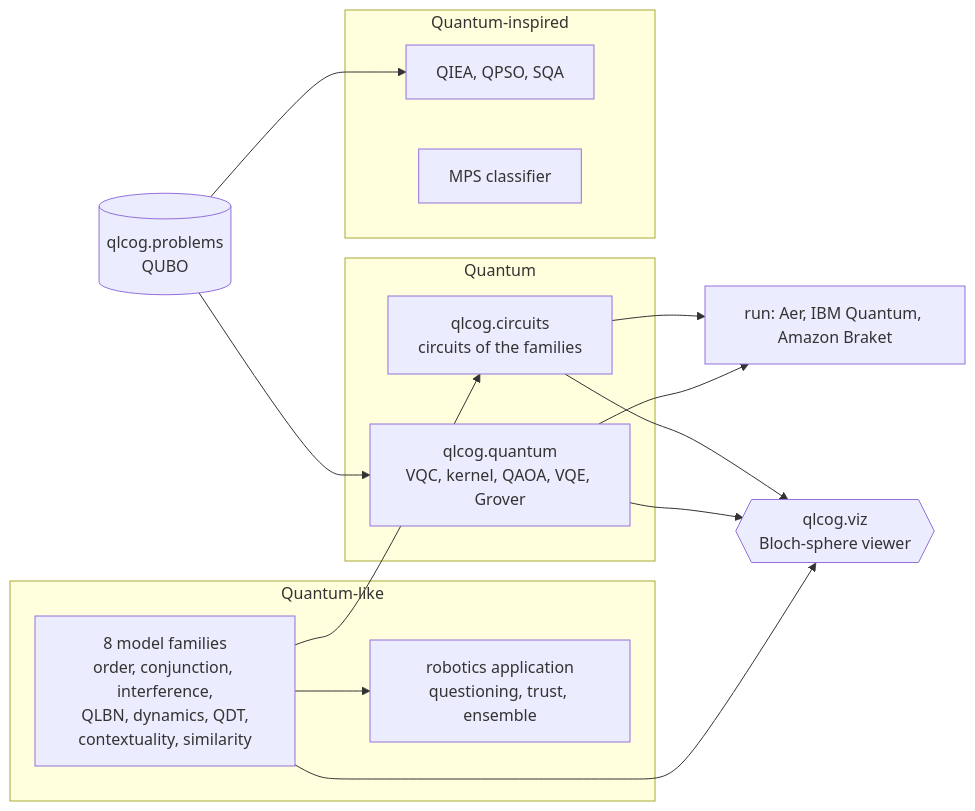
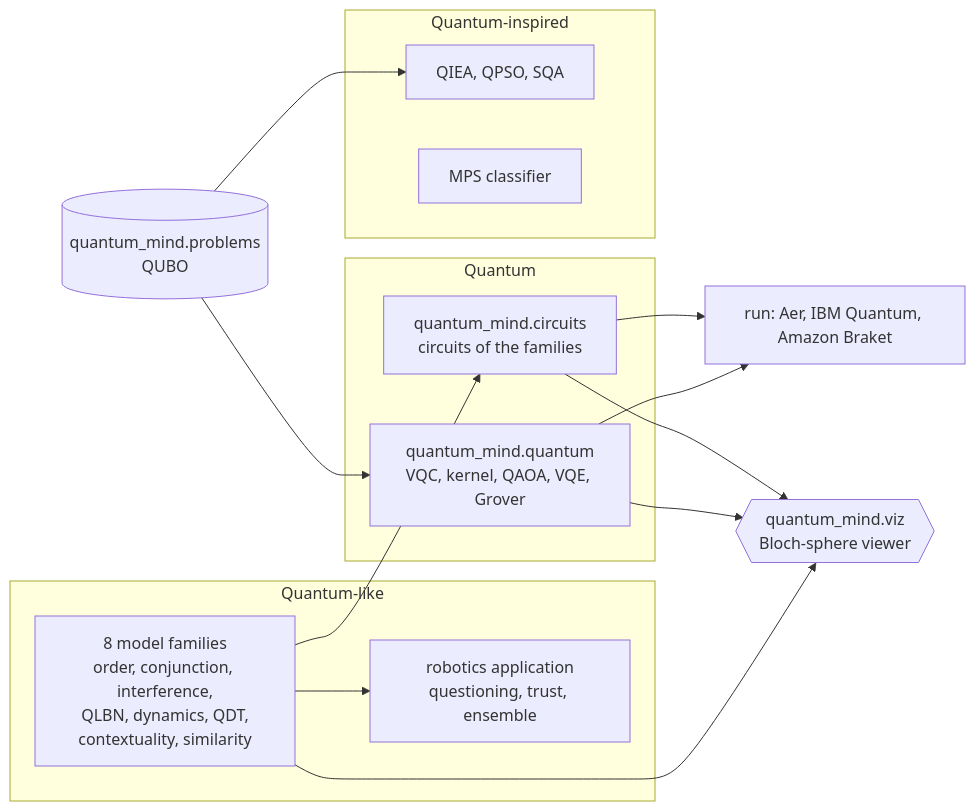
Before and after one commit to yeshwanthguru/Quantum-mind: the diagram in docs/concepts.md, drawn with Mermaid. The commit also changed other lines of this file and 237 other files, not shown here.

First line of the commit message:
Rename to Quantum Mind (pip install quantum-mind, import quantum_mind) with a new logo

````diff
--- a/docs/concepts.md
+++ b/docs/concepts.md
@@ -17,26 +17,26 @@
 ```mermaid
 flowchart LR
     subgraph QL[Quantum-like]
       F[8 model families<br/>order, conjunction, interference,<br/>QLBN, dynamics, QDT,<br/>contextuality, similarity]
       R[robotics application<br/>questioning, trust, ensemble]
     end
     subgraph Q[Quantum]
-      C[qlcog.circuits<br/>circuits of the families]
-      M[qlcog.quantum<br/>VQC, kernel, QAOA, VQE, Grover]
+      C[quantum_mind.circuits<br/>circuits of the families]
+      M[quantum_mind.quantum<br/>VQC, kernel, QAOA, VQE, Grover]
     end
     subgraph QI[Quantum-inspired]
       O[QIEA, QPSO, SQA]
       T[MPS classifier]
     end
-    P[(qlcog.problems<br/>QUBO)]
-    V{{qlcog.viz<br/>Bloch-sphere viewer}}
+    P[(quantum_mind.problems<br/>QUBO)]
+    V{{quantum_mind.viz<br/>Bloch-sphere viewer}}
     F --> C
     F --> R
     P --> M
     P --> O
     C --> B[run: Aer, IBM Quantum, Amazon Braket]
     M --> B
     C --> V
     M --> V
     F --> V
 ```
````
